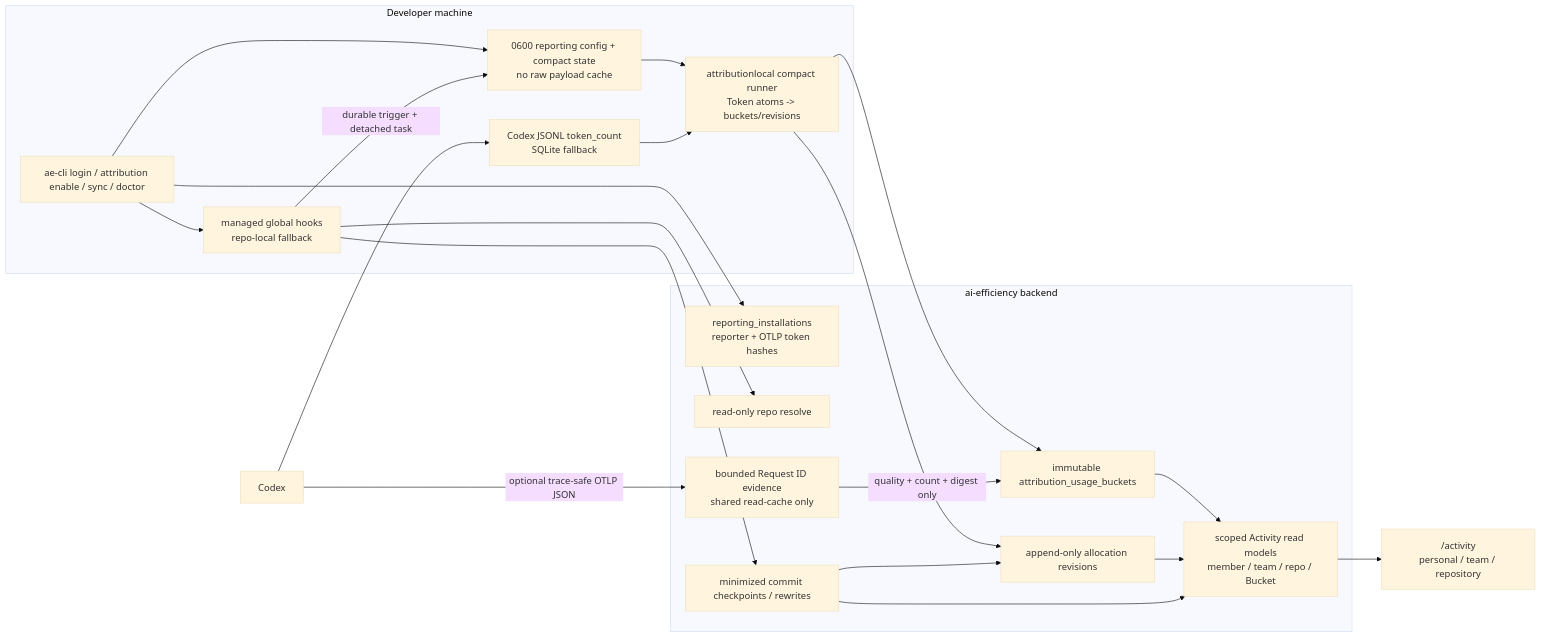
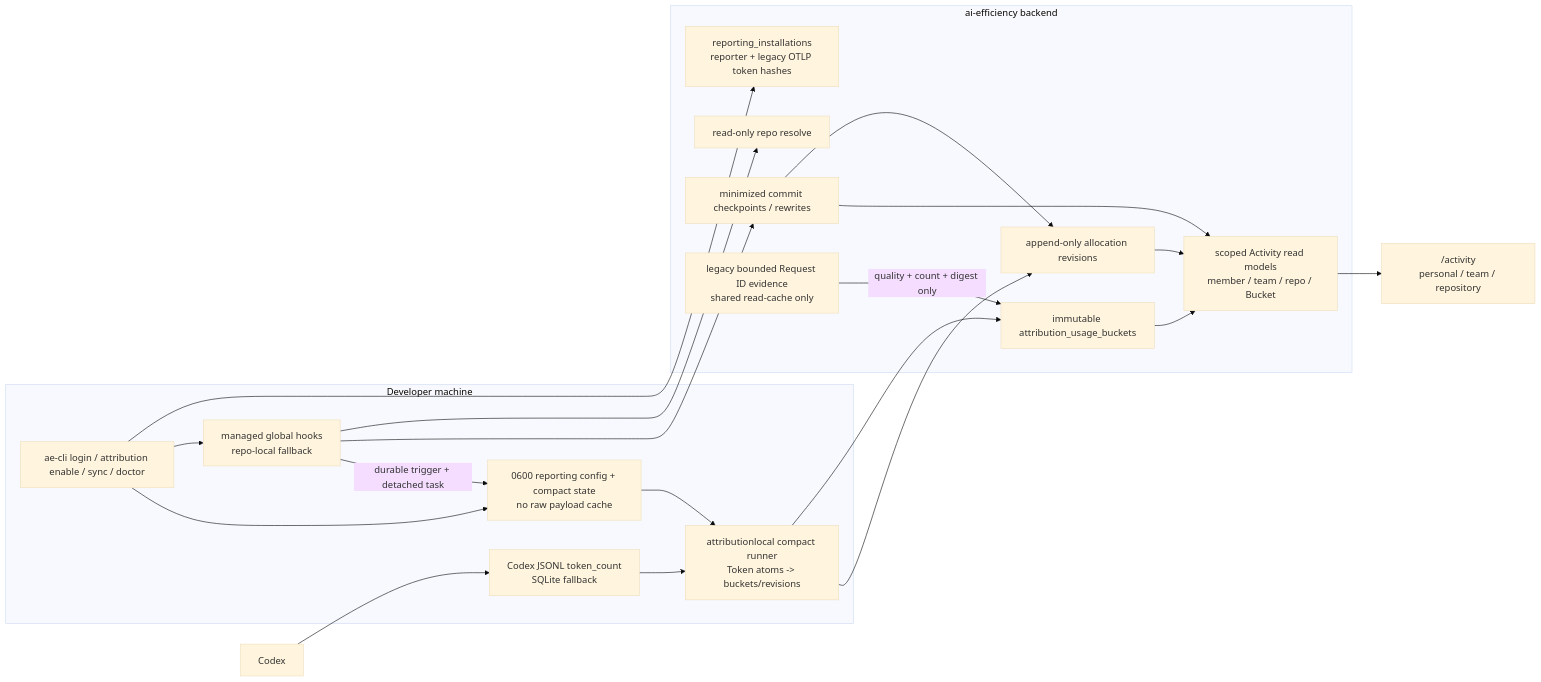
Before and after one commit to LichKing-2234/ai-efficiency: the fourth of 4 diagrams in docs/architecture.md, drawn with Mermaid (base theme). The commit also changed other lines of this file and 24 other files, not shown here.

````diff
--- a/docs/architecture.md
+++ b/docs/architecture.md
@@ -696,43 +695,42 @@
 ```mermaid
 flowchart LR
     Codex["Codex"]
 
     subgraph Local["Developer machine"]
         CLI["ae-cli login / attribution enable / sync / doctor"]
         Hooks["managed global hooks<br/>repo-local fallback"]
         JSONL["Codex JSONL token_count<br/>SQLite fallback"]
         Compact["attributionlocal compact runner<br/>Token atoms -> buckets/revisions"]
         State["0600 reporting config + compact state<br/>no raw payload cache"]
     end
 
     subgraph Backend["ai-efficiency backend"]
-        Install["reporting_installations<br/>reporter + OTLP token hashes"]
+        Install["reporting_installations<br/>reporter + legacy OTLP token hashes"]
         Resolve["read-only repo resolve"]
         Checkpoint["minimized commit checkpoints / rewrites"]
         Buckets["immutable attribution_usage_buckets"]
         Revisions["append-only allocation revisions"]
-        Correlation["bounded Request ID evidence<br/>shared read-cache only"]
+        Correlation["legacy bounded Request ID evidence<br/>shared read-cache only"]
         Activity["scoped Activity read models<br/>member / team / repo / Bucket"]
     end
 
     UI["/activity<br/>personal / team / repository"]
 
     CLI --> Install
     CLI --> Hooks
     CLI --> State
     Codex --> JSONL
-    Codex -->|"optional trace-safe OTLP JSON"| Correlation
     Hooks --> Resolve
     Hooks --> Checkpoint
     Hooks -->|"durable trigger + detached task"| State
     State --> Compact
     JSONL --> Compact
     Compact --> Buckets
     Compact --> Revisions
     Checkpoint --> Revisions
     Correlation -->|"quality + count + digest only"| Buckets
     Buckets --> Activity
     Revisions --> Activity
     Checkpoint --> Activity
     Activity --> UI
 ```
````
